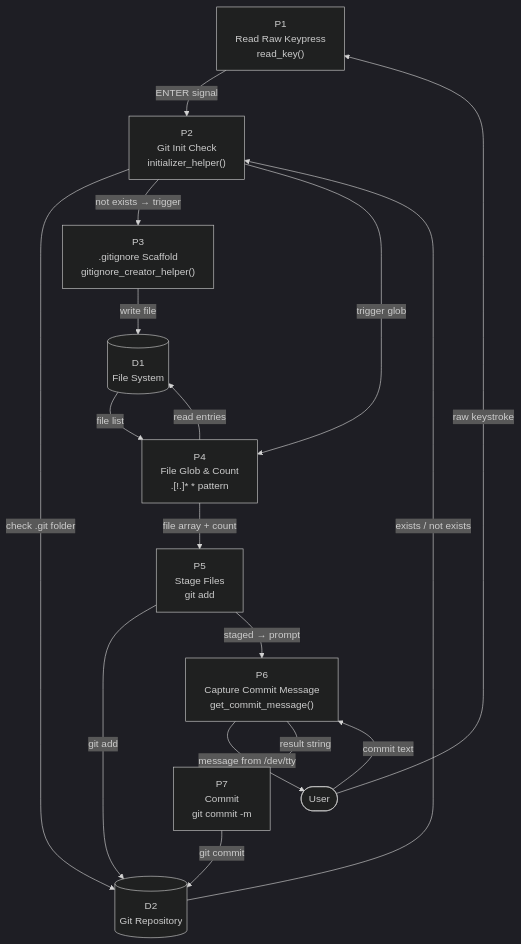
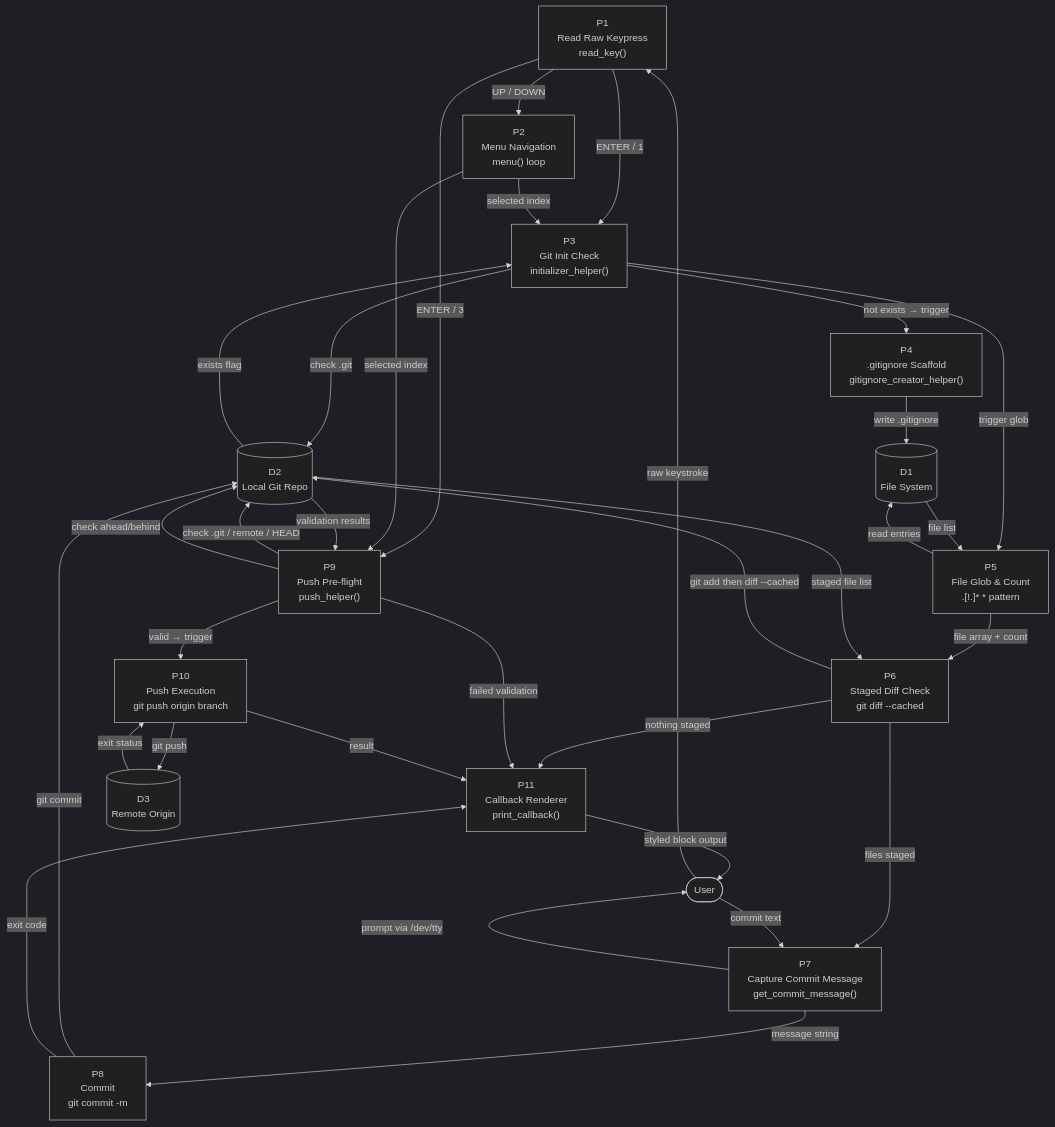
The third of 4 diagrams in README.md (NikanEidi/git-sync-cli), drawn with Mermaid (dark theme) before and after one commit. The commit also changed other lines of this file and 5 other files, not shown here.

````diff
--- a/README.md
+++ b/README.md
@@ -96,32 +141,55 @@
 ```mermaid
 flowchart TD
     P1["P1\nRead Raw Keypress\nread_key()"]
-    P2["P2\nGit Init Check\ninitializer_helper()"]
-    P3["P3\n.gitignore Scaffold\ngitignore_creator_helper()"]
-    P4["P4\nFile Glob & Count\n.[!.]* * pattern"]
-    P5["P5\nStage Files\ngit add"]
-    P6["P6\nCapture Commit Message\nget_commit_message()"]
-    P7["P7\nCommit\ngit commit -m"]
+    P2["P2\nMenu Navigation\nmenu() loop"]
+    P3["P3\nGit Init Check\ninitializer_helper()"]
+    P4["P4\n.gitignore Scaffold\ngitignore_creator_helper()"]
+    P5["P5\nFile Glob & Count\n.[!.]* * pattern"]
+    P6["P6\nStaged Diff Check\ngit diff --cached"]
+    P7["P7\nCapture Commit Message\nget_commit_message()"]
+    P8["P8\nCommit\ngit commit -m"]
+    P9["P9\nPush Pre-flight\npush_helper()"]
+    P10["P10\nPush Execution\ngit push origin branch"]
+    P11["P11\nCallback Renderer\nprint_callback()"]
 
     DS1[("D1\nFile System")]
-    DS2[("D2\nGit Repository")]
+    DS2[("D2\nLocal Git Repo")]
+    DS3[("D3\nRemote Origin")]
 
     U(["User"])
 
     U -- "raw keystroke" --> P1
-    P1 -- "ENTER signal" --> P2
-    P2 -- "check .git folder" --> DS2
-    DS2 -- "exists / not exists" --> P2
-    P2 -- "not exists → trigger" --> P3
-    P3 -- "write file" --> DS1
-    P2 -- "trigger glob" --> P4
-    P4 -- "read entries" --> DS1
-    DS1 -- "file list" --> P4
-    P4 -- "file array + count" --> P5
-    P5 -- "git add" --> DS2
-    P5 -- "staged → prompt" --> P6
-    P6 -- "message from /dev/tty" --> U
-    U -- "commit text" --> P6
-    P6 -- "result string" --> P7
-    P7 -- "git commit" --> DS2
+    P1 -- "UP / DOWN" --> P2
+    P1 -- "ENTER / 1" --> P3
+    P1 -- "ENTER / 3" --> P9
+    P2 -- "selected index" --> P3
+    P2 -- "selected index" --> P9
+
+    P3 -- "check .git" --> DS2
+    DS2 -- "exists flag" --> P3
+    P3 -- "not exists → trigger" --> P4
+    P4 -- "write .gitignore" --> DS1
+    P3 -- "trigger glob" --> P5
+    P5 -- "read entries" --> DS1
+    DS1 -- "file list" --> P5
+    P5 -- "file array + count" --> P6
+    P6 -- "git add then diff --cached" --> DS2
+    DS2 -- "staged file list" --> P6
+    P6 -- "nothing staged" --> P11
+    P6 -- "files staged" --> P7
+    P7 -- "prompt via /dev/tty" --> U
+    U -- "commit text" --> P7
+    P7 -- "message string" --> P8
+    P8 -- "git commit" --> DS2
+    P8 -- "exit code" --> P11
+
+    P9 -- "check .git / remote / HEAD" --> DS2
+    DS2 -- "validation results" --> P9
+    P9 -- "check ahead/behind" --> DS2
+    P9 -- "failed validation" --> P11
+    P9 -- "valid → trigger" --> P10
+    P10 -- "git push" --> DS3
+    DS3 -- "exit status" --> P10
+    P10 -- "result" --> P11
+    P11 -- "styled block output" --> U
 ```
````
